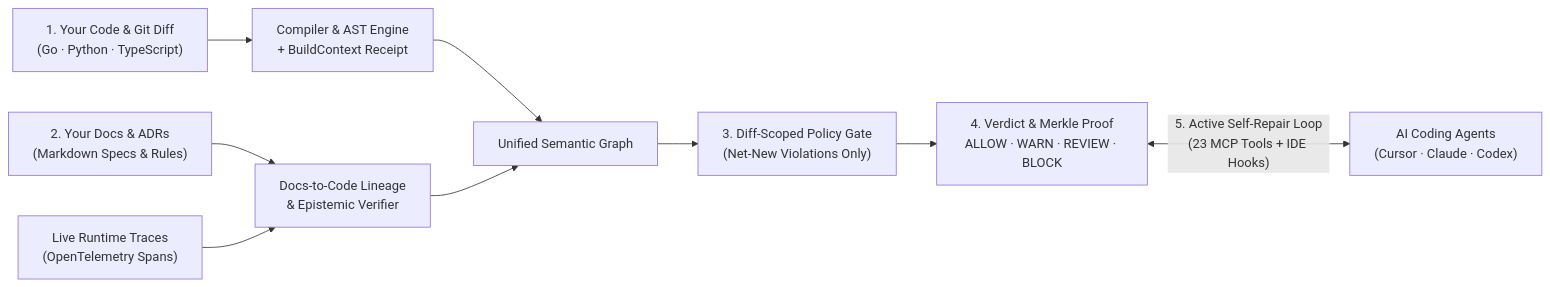
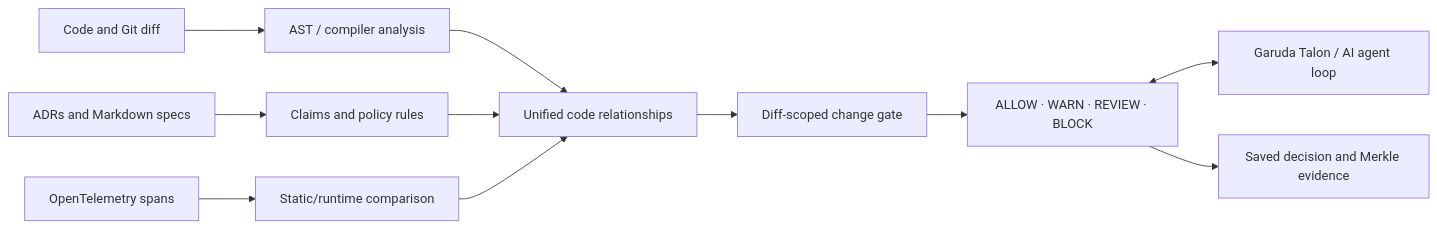
Before and after one commit to myshra777-ai/garuda: the diagram in README.md, drawn with Mermaid. The commit also changed other lines of this file, not shown here.

````diff
--- a/README.md
+++ b/README.md
@@ -142,11 +117,13 @@
 ```mermaid
 flowchart LR
-    SRC["1. Your Code & Git Diff\n(Go · Python · TypeScript)"] --> ANALYZE["Compiler & AST Engine\n+ BuildContext Receipt"]
-    DOC["2. Your Docs & ADRs\n(Markdown Specs & Rules)"] --> LINEAGE["Docs-to-Code Lineage\n& Epistemic Verifier"]
-    OTEL["Live Runtime Traces\n(OpenTelemetry Spans)"] --> LINEAGE
-    ANALYZE --> GRAPH["Unified Semantic Graph"]
-    LINEAGE --> GRAPH
-    GRAPH --> GATE["3. Diff-Scoped Policy Gate\n(Net-New Violations Only)"]
-    GATE --> VERDICT["4. Verdict & Merkle Proof\nALLOW · WARN · REVIEW · BLOCK"]
-    VERDICT <-->|"5. Active Self-Repair Loop\n(23 MCP Tools + IDE Hooks)"| AGENT["AI Coding Agents\n(Cursor · Claude · Codex)"]
+    CODE["Code and Git diff"] --> ANALYZE["AST / compiler analysis"]
+    ADR["ADRs and Markdown specs"] --> RULES["Claims and policy rules"]
+    OTEL["OpenTelemetry spans"] --> VERIFY["Static/runtime comparison"]
+    ANALYZE --> GRAPH["Unified code relationships"]
+    RULES --> GRAPH
+    VERIFY --> GRAPH
+    GRAPH --> GATE["Diff-scoped change gate"]
+    GATE --> VERDICT["ALLOW · WARN · REVIEW · BLOCK"]
+    VERDICT <--> TALON["Garuda Talon / AI agent loop"]
+    VERDICT --> LEDGER["Saved decision and Merkle evidence"]
 ```
````
